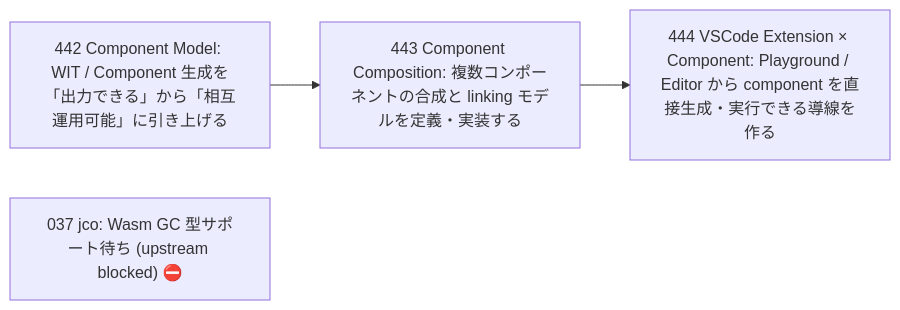
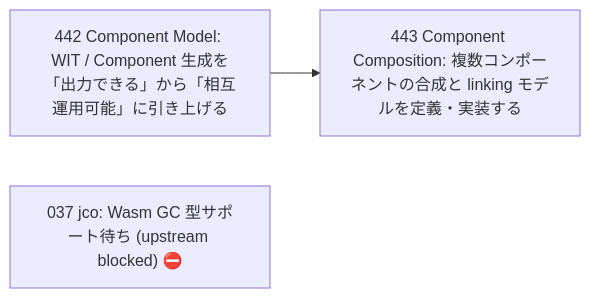
The diagram in issues/open/dependency-graph.md (wogikaze/arukellt), drawn with Mermaid before and after one commit. The commit also changed other lines of this file and 2 other files, not shown here.

````diff
--- a/issues/open/dependency-graph.md
+++ b/issues/open/dependency-graph.md
@@ -7,9 +7,7 @@
 ```mermaid
 graph LR
   I442["442 Component Model: WIT / Component 生成を「出力できる」から「相互運用可能」に引き上げる"]
   I443["443 Component Composition: 複数コンポーネントの合成と linking モデルを定義・実装する"]
-  I444["444 VSCode Extension × Component: Playground / Editor から component を直接生成・実行できる導線を作る"]
   I037["037 jco: Wasm GC 型サポート待ち (upstream blocked) ⛔"]
   I442 --> I443
-  I443 --> I444
 ```
````
